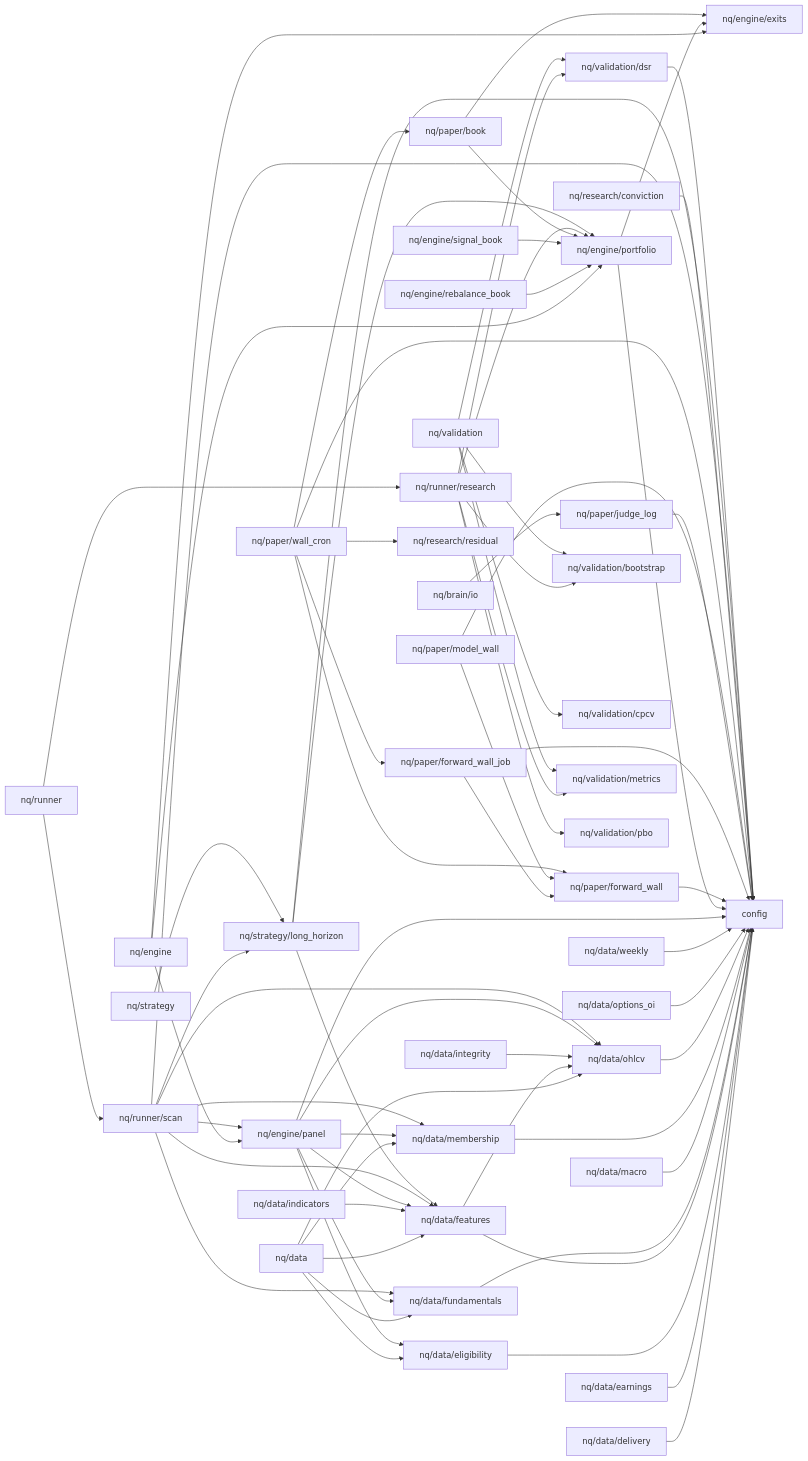
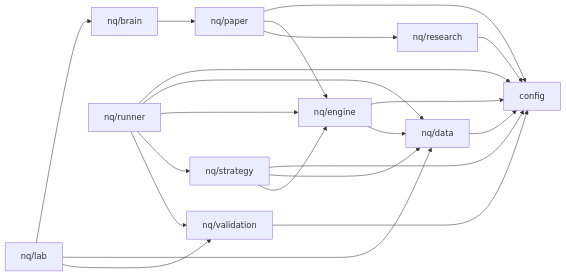
The diagram in docs/DEPENDENCY_MAP.md (kreeshpatel/nifty-satvik), drawn with Mermaid before and after one commit. The commit also changed other lines of this file and 8 other files, not shown here.

````diff
--- a/docs/DEPENDENCY_MAP.md
+++ b/docs/DEPENDENCY_MAP.md
@@ -9,112 +11,33 @@
 ```mermaid
 flowchart LR
     config["config"]
-    nq_brain_io["nq/brain/io"]
+    nq_brain["nq/brain"]
     nq_data["nq/data"]
-    nq_data_delivery["nq/data/delivery"]
-    nq_data_earnings["nq/data/earnings"]
-    nq_data_eligibility["nq/data/eligibility"]
-    nq_data_features["nq/data/features"]
-    nq_data_fundamentals["nq/data/fundamentals"]
-    nq_data_indicators["nq/data/indicators"]
-    nq_data_integrity["nq/data/integrity"]
-    nq_data_macro["nq/data/macro"]
-    nq_data_membership["nq/data/membership"]
-    nq_data_ohlcv["nq/data/ohlcv"]
-    nq_data_options_oi["nq/data/options_oi"]
-    nq_data_weekly["nq/data/weekly"]
     nq_engine["nq/engine"]
-    nq_engine_exits["nq/engine/exits"]
-    nq_engine_panel["nq/engine/panel"]
-    nq_engine_portfolio["nq/engine/portfolio"]
-    nq_engine_rebalance_book["nq/engine/rebalance_book"]
-    nq_engine_signal_book["nq/engine/signal_book"]
-    nq_paper_book["nq/paper/book"]
-    nq_paper_forward_wall["nq/paper/forward_wall"]
-    nq_paper_forward_wall_job["nq/paper/forward_wall_job"]
-    nq_paper_judge_log["nq/paper/judge_log"]
-    nq_paper_model_wall["nq/paper/model_wall"]
-    nq_paper_wall_cron["nq/paper/wall_cron"]
-    nq_research_conviction["nq/research/conviction"]
-    nq_research_residual["nq/research/residual"]
+    nq_lab["nq/lab"]
+    nq_paper["nq/paper"]
+    nq_research["nq/research"]
     nq_runner["nq/runner"]
-    nq_runner_research["nq/runner/research"]
-    nq_runner_scan["nq/runner/scan"]
     nq_strategy["nq/strategy"]
-    nq_strategy_long_horizon["nq/strategy/long_horizon"]
     nq_validation["nq/validation"]
-    nq_validation_bootstrap["nq/validation/bootstrap"]
-    nq_validation_cpcv["nq/validation/cpcv"]
-    nq_validation_dsr["nq/validation/dsr"]
-    nq_validation_metrics["nq/validation/metrics"]
-    nq_validation_pbo["nq/validation/pbo"]
-    nq_brain_io --> nq_paper_judge_log
-    nq_data --> nq_data_eligibility
-    nq_data --> nq_data_features
-    nq_data --> nq_data_fundamentals
-    nq_data --> nq_data_membership
-    nq_data --> nq_data_ohlcv
-    nq_data_delivery --> config
-    nq_data_earnings --> config
-    nq_data_eligibility --> config
-    nq_data_features --> config
-    nq_data_features --> nq_data_ohlcv
-    nq_data_fundamentals --> config
-    nq_data_indicators --> nq_data_features
-    nq_data_integrity --> nq_data_ohlcv
-    nq_data_macro --> config
-    nq_data_membership --> config
-    nq_data_ohlcv --> config
-    nq_data_options_oi --> config
-    nq_data_weekly --> config
-    nq_engine --> nq_engine_exits
-    nq_engine --> nq_engine_panel
-    nq_engine --> nq_engine_portfolio
-    nq_engine_panel --> config
-    nq_engine_panel --> nq_data_eligibility
-    nq_engine_panel --> nq_data_features
-    nq_engine_panel --> nq_data_fundamentals
-    nq_engine_panel --> nq_data_membership
-    nq_engine_panel --> nq_data_ohlcv
-    nq_engine_portfolio --> config
-    nq_engine_portfolio --> nq_engine_exits
-    nq_engine_rebalance_book --> nq_engine_portfolio
-    nq_engine_signal_book --> nq_engine_portfolio
-    nq_paper_book --> nq_engine_exits
-    nq_paper_book --> nq_engine_portfolio
-    nq_paper_forward_wall --> config
-    nq_paper_forward_wall_job --> config
-    nq_paper_forward_wall_job --> nq_paper_forward_wall
-    nq_paper_judge_log --> config
-    nq_paper_model_wall --> config
-    nq_paper_model_wall --> nq_paper_forward_wall
-    nq_paper_wall_cron --> config
-    nq_paper_wall_cron --> nq_paper_book
-    nq_paper_wall_cron --> nq_paper_forward_wall
-    nq_paper_wall_cron --> nq_paper_forward_wall_job
-    nq_paper_wall_cron --> nq_research_residual
-    nq_research_conviction --> config
-    nq_runner --> nq_runner_research
-    nq_runner --> nq_runner_scan
-    nq_runner_research --> nq_engine_portfolio
-    nq_runner_research --> nq_validation_bootstrap
-    nq_runner_research --> nq_validation_dsr
-    nq_runner_research --> nq_validation_metrics
-    nq_runner_research --> nq_validation_pbo
-    nq_runner_scan --> config
-    nq_runner_scan --> nq_data_features
-    nq_runner_scan --> nq_data_fundamentals
-    nq_runner_scan --> nq_data_membership
-    nq_runner_scan --> nq_data_ohlcv
-    nq_runner_scan --> nq_engine_panel
-    nq_runner_scan --> nq_strategy_long_horizon
-    nq_strategy --> nq_strategy_long_horizon
-    nq_strategy_long_horizon --> config
-    nq_strategy_long_horizon --> nq_data_features
-    nq_strategy_long_horizon --> nq_engine_portfolio
-    nq_validation --> nq_validation_bootstrap
-    nq_validation --> nq_validation_cpcv
-    nq_validation --> nq_validation_dsr
-    nq_validation --> nq_validation_metrics
-    nq_validation_dsr --> config
+    nq_brain --> nq_paper
+    nq_data --> config
+    nq_engine --> config
+    nq_engine --> nq_data
+    nq_lab --> nq_brain
+    nq_lab --> nq_data
+    nq_lab --> nq_validation
+    nq_paper --> config
+    nq_paper --> nq_engine
+    nq_paper --> nq_research
+    nq_research --> config
+    nq_runner --> config
+    nq_runner --> nq_data
+    nq_runner --> nq_engine
+    nq_runner --> nq_strategy
+    nq_runner --> nq_validation
+    nq_strategy --> config
+    nq_strategy --> nq_data
+    nq_strategy --> nq_engine
+    nq_validation --> config
 ```
````
